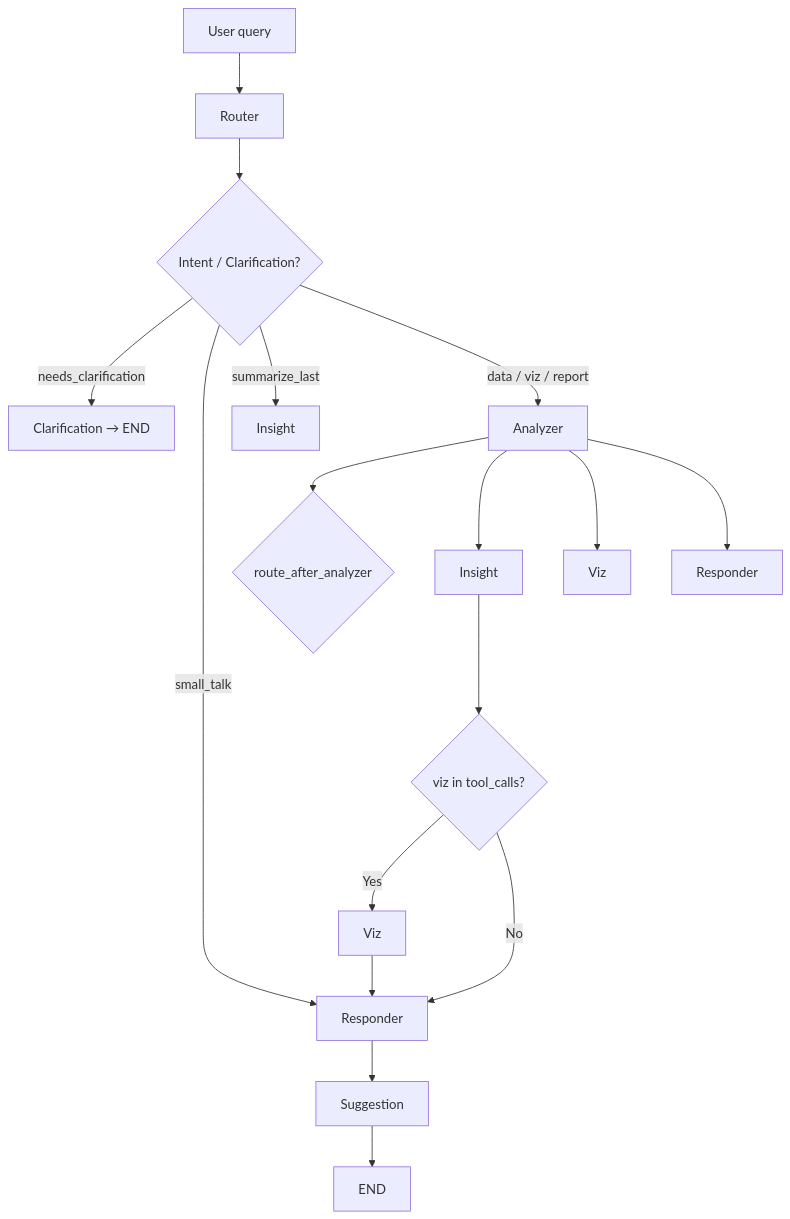
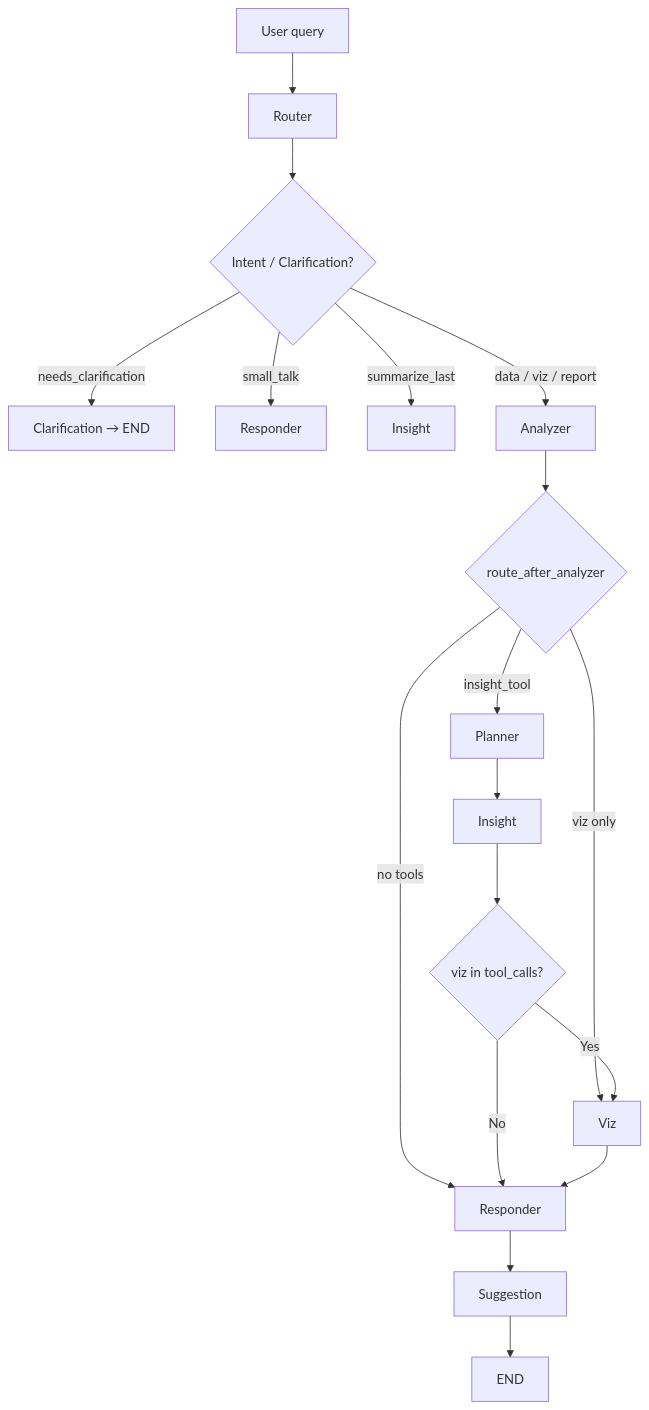
The diagram in chatbot/README.md (shivansh-2003/Data-Assistant), drawn with Mermaid before and after one commit. The commit also changed other lines of this file and 48 other files, not shown here.

````diff
--- a/chatbot/README.md
+++ b/chatbot/README.md
@@ -82,19 +85,20 @@
 ```mermaid
 flowchart TD
     A[User query] --> B[Router]
     B --> C{Intent / Clarification?}
     C -->|needs_clarification| D[Clarification → END]
     C -->|small_talk| E[Responder]
     C -->|summarize_last| F[Insight]
     C -->|data / viz / report| G[Analyzer]
     G --> H{route_after_analyzer}
-    G --> I[Insight]
-    G --> J[Viz]
-    G --> K[Responder]
-    I --> L{viz in tool_calls?}
-    L -->|Yes| M[Viz]
-    L -->|No| E
-    M --> E
-    E --> N[Suggestion]
+    H -->|insight_tool| I[Planner]
+    H -->|viz only| J[Viz]
+    H -->|no tools| K[Responder]
+    I --> L[Insight]
+    L --> M{viz in tool_calls?}
+    M -->|Yes| J
+    M -->|No| K
+    J --> K
+    K --> N[Suggestion]
     N --> O[END]
 ```
````
